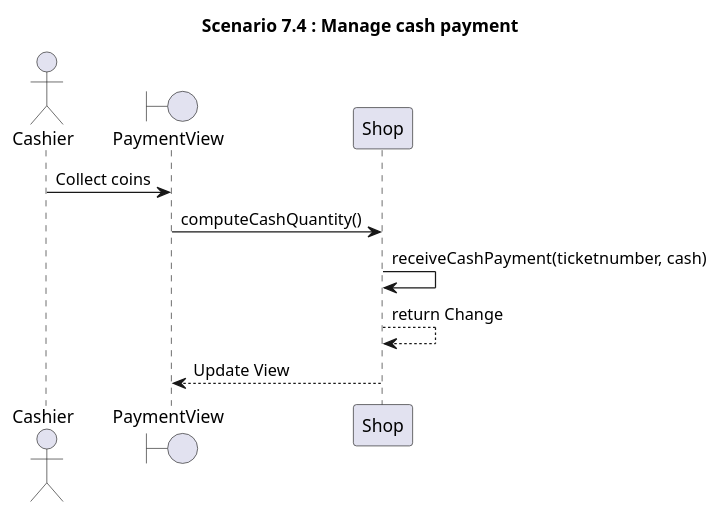
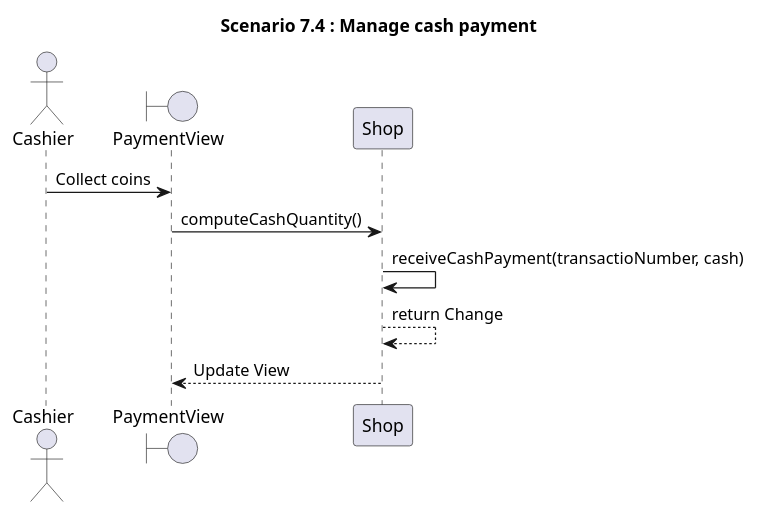
Diagram 26 of 31 in Deliverables/DesignDocument.md (zitabou/EZShop), drawn with PlantUML before and after one commit. The commit also changed other lines of this file, not shown here.

````diff
--- a/Deliverables/DesignDocument.md
+++ b/Deliverables/DesignDocument.md
@@ -956,22 +949,22 @@
 ```plantuml
 title
 **Scenario 7.4** : Manage cash payment
 end title
 
 'Actors
 actor Cashier
 'Boundaries
 boundary PaymentView
 
 ''''
 'Sequence
 '''''
 Cashier -> PaymentView: Collect coins
 'MISSINGFUNCTION
 PaymentView -> Shop: computeCashQuantity()
 'receveCashPayment includes the recording of the payment and the computation of the change
-Shop -> Shop: receiveCashPayment(ticketnumber, cash)
+Shop -> Shop: receiveCashPayment(transactioNumber, cash)
 Shop --> Shop: return Change
 Shop --> PaymentView: Update View
 
 ```
````
